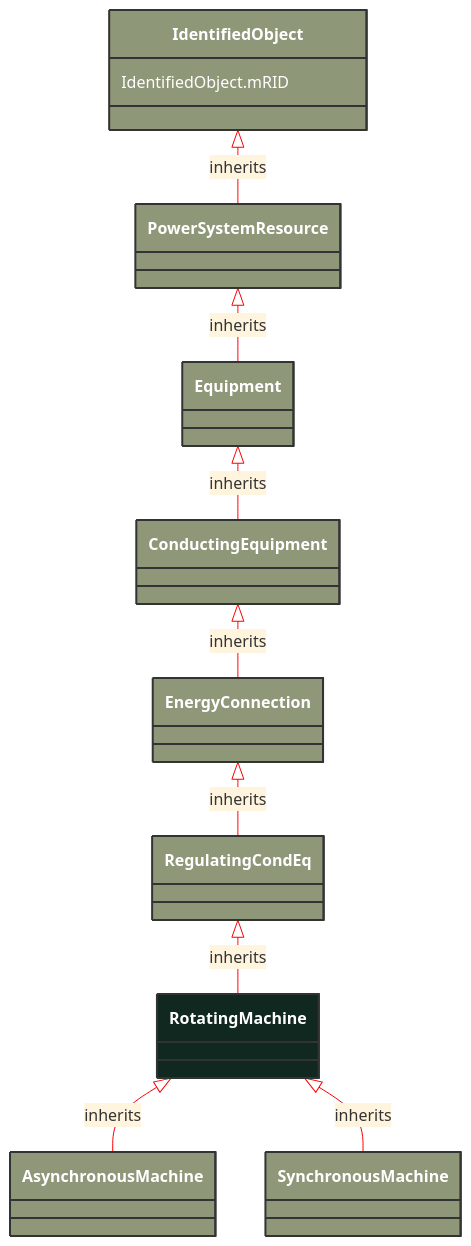
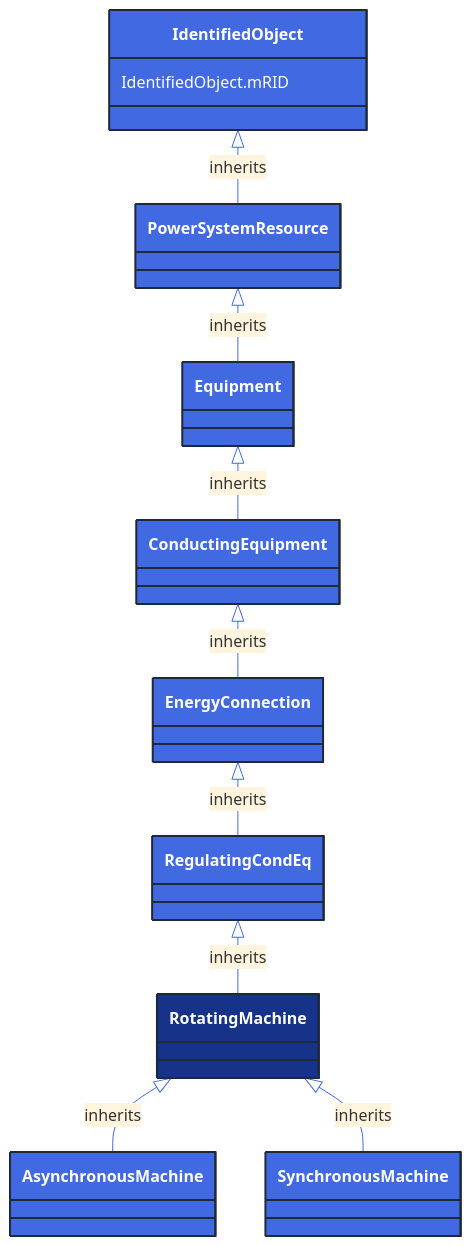
Before and after one commit to 3lbits/NoCIMExtensions: the diagram in docs/Models/Profiles/ShortCircuit/AbstractClasses/RotatingMachine.md, drawn with Mermaid. The commit also changed 362 other files, not shown here.

First line of the commit message:
Update diagrams and styles for improved visual consistency

````diff
--- a/docs/Models/Profiles/ShortCircuit/AbstractClasses/RotatingMachine.md
+++ b/docs/Models/Profiles/ShortCircuit/AbstractClasses/RotatingMachine.md
@@ -10,47 +10,47 @@
 ```mermaid
-%%{init: {'theme':'base','themeVariables': {'lineColor': '#FF0000'}}}%%
+%%{init: {'theme':'base','themeVariables': {'lineColor': '#4169E1'}}}%%
 classDiagram
     class RotatingMachine
     click RotatingMachine href "/Models/Profiles/ShortCircuit/AbstractClasses/RotatingMachine/"
-    style RotatingMachine fill:#102820,stroke:#333,stroke-width:2px,rx:10,ry:10,color:white
+    style RotatingMachine fill:#163289,stroke:#1F2A37,stroke-width:2px,rx:10,ry:10,color:white
 
         RotatingMachine <|-- AsynchronousMachine : inherits
 
         AsynchronousMachine
             click AsynchronousMachine href "/Models/Profiles/ShortCircuit/ConcreteClasses/AsynchronousMachine/"
-            style AsynchronousMachine fill:#8F9779,stroke:#333,stroke-width:2px,rx:10,ry:10,color:white
+            style AsynchronousMachine fill:#4169E1,stroke:#1F2A37,stroke-width:2px,rx:10,ry:10,color:white
 
         RotatingMachine <|-- SynchronousMachine : inherits
 
         SynchronousMachine
             click SynchronousMachine href "/Models/Profiles/ShortCircuit/ConcreteClasses/SynchronousMachine/"
-            style SynchronousMachine fill:#8F9779,stroke:#333,stroke-width:2px,rx:10,ry:10,color:white
+            style SynchronousMachine fill:#4169E1,stroke:#1F2A37,stroke-width:2px,rx:10,ry:10,color:white
      
         RegulatingCondEq <|-- RotatingMachine : inherits
             click RegulatingCondEq href "/Models/Profiles/ShortCircuit/AbstractClasses/RegulatingCondEq/"
-            style RegulatingCondEq fill:#8F9779,stroke:#333,stroke-width:2px,rx:10,ry:10,color:white
+            style RegulatingCondEq fill:#4169E1,stroke:#1F2A37,stroke-width:2px,rx:10,ry:10,color:white
      
         EnergyConnection <|-- RegulatingCondEq : inherits
             click EnergyConnection href "/Models/Profiles/ShortCircuit/AbstractClasses/EnergyConnection/"
-            style EnergyConnection fill:#8F9779,stroke:#333,stroke-width:2px,rx:10,ry:10,color:white
+            style EnergyConnection fill:#4169E1,stroke:#1F2A37,stroke-width:2px,rx:10,ry:10,color:white
      
         ConductingEquipment <|-- EnergyConnection : inherits
             click ConductingEquipment href "/Models/Profiles/ShortCircuit/AbstractClasses/ConductingEquipment/"
-            style ConductingEquipment fill:#8F9779,stroke:#333,stroke-width:2px,rx:10,ry:10,color:white
+            style ConductingEquipment fill:#4169E1,stroke:#1F2A37,stroke-width:2px,rx:10,ry:10,color:white
      
         Equipment <|-- ConductingEquipment : inherits
             click Equipment href "/Models/Profiles/ShortCircuit/AbstractClasses/Equipment/"
-            style Equipment fill:#8F9779,stroke:#333,stroke-width:2px,rx:10,ry:10,color:white
+            style Equipment fill:#4169E1,stroke:#1F2A37,stroke-width:2px,rx:10,ry:10,color:white
      
         PowerSystemResource <|-- Equipment : inherits
             click PowerSystemResource href "/Models/Profiles/ShortCircuit/AbstractClasses/PowerSystemResource/"
-            style PowerSystemResource fill:#8F9779,stroke:#333,stroke-width:2px,rx:10,ry:10,color:white
+            style PowerSystemResource fill:#4169E1,stroke:#1F2A37,stroke-width:2px,rx:10,ry:10,color:white
      
         IdentifiedObject <|-- PowerSystemResource : inherits
             click IdentifiedObject href "/Models/Profiles/ShortCircuit/AbstractClasses/IdentifiedObject/"
-            style IdentifiedObject fill:#8F9779,stroke:#333,stroke-width:2px,rx:10,ry:10,color:white
+            style IdentifiedObject fill:#4169E1,stroke:#1F2A37,stroke-width:2px,rx:10,ry:10,color:white
 
 
 
         IdentifiedObject : IdentifiedObject.mRID
 ```
````
